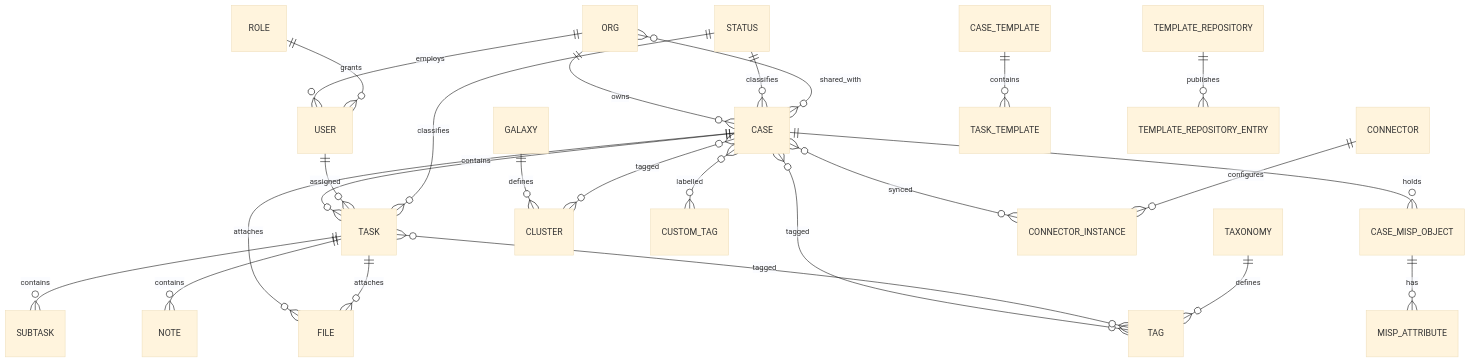
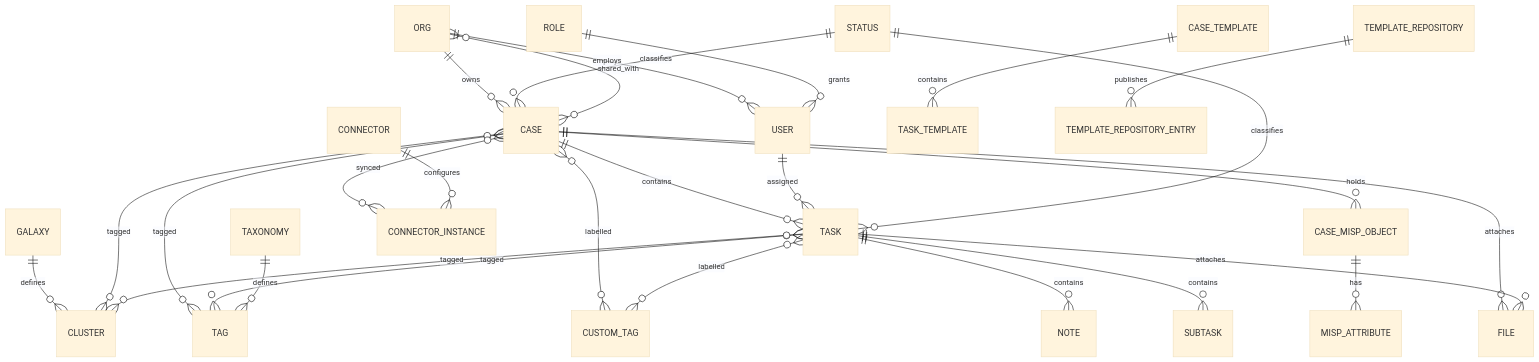
One commit to flowintel/flowintel changed diagram 33 of 34 in doc/technical-specifications.md. Above: the diagram before and after it, drawn with Mermaid (base theme). The commit also changed other lines of this file and 1 other file, not shown here.

````diff
--- a/doc/technical-specifications.md
+++ b/doc/technical-specifications.md
@@ -1584,27 +1661,29 @@
 ```mermaid
 erDiagram
     ORG ||--o{ USER : employs
     ROLE ||--o{ USER : grants
     ORG ||--o{ CASE : owns
     CASE ||--o{ TASK : contains
     TASK ||--o{ SUBTASK : contains
     TASK ||--o{ NOTE : contains
     CASE ||--o{ FILE : attaches
     TASK ||--o{ FILE : attaches
     USER ||--o{ TASK : assigned
     STATUS ||--o{ CASE : classifies
     STATUS ||--o{ TASK : classifies
     CASE }o--o{ ORG : shared_with
     CASE }o--o{ TAG : tagged
     TASK }o--o{ TAG : tagged
     TAXONOMY ||--o{ TAG : defines
     GALAXY ||--o{ CLUSTER : defines
     CASE }o--o{ CLUSTER : tagged
+    TASK }o--o{ CLUSTER : tagged
     CASE }o--o{ CUSTOM_TAG : labelled
+    TASK }o--o{ CUSTOM_TAG : labelled
     CASE ||--o{ CASE_MISP_OBJECT : holds
     CASE_MISP_OBJECT ||--o{ MISP_ATTRIBUTE : has
     CASE }o--o{ CONNECTOR_INSTANCE : synced
     CONNECTOR ||--o{ CONNECTOR_INSTANCE : configures
     CASE_TEMPLATE ||--o{ TASK_TEMPLATE : contains
     TEMPLATE_REPOSITORY ||--o{ TEMPLATE_REPOSITORY_ENTRY : publishes
 ```
````
